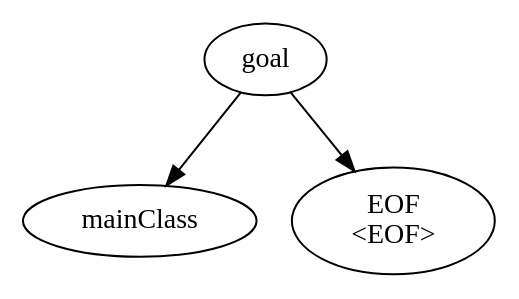
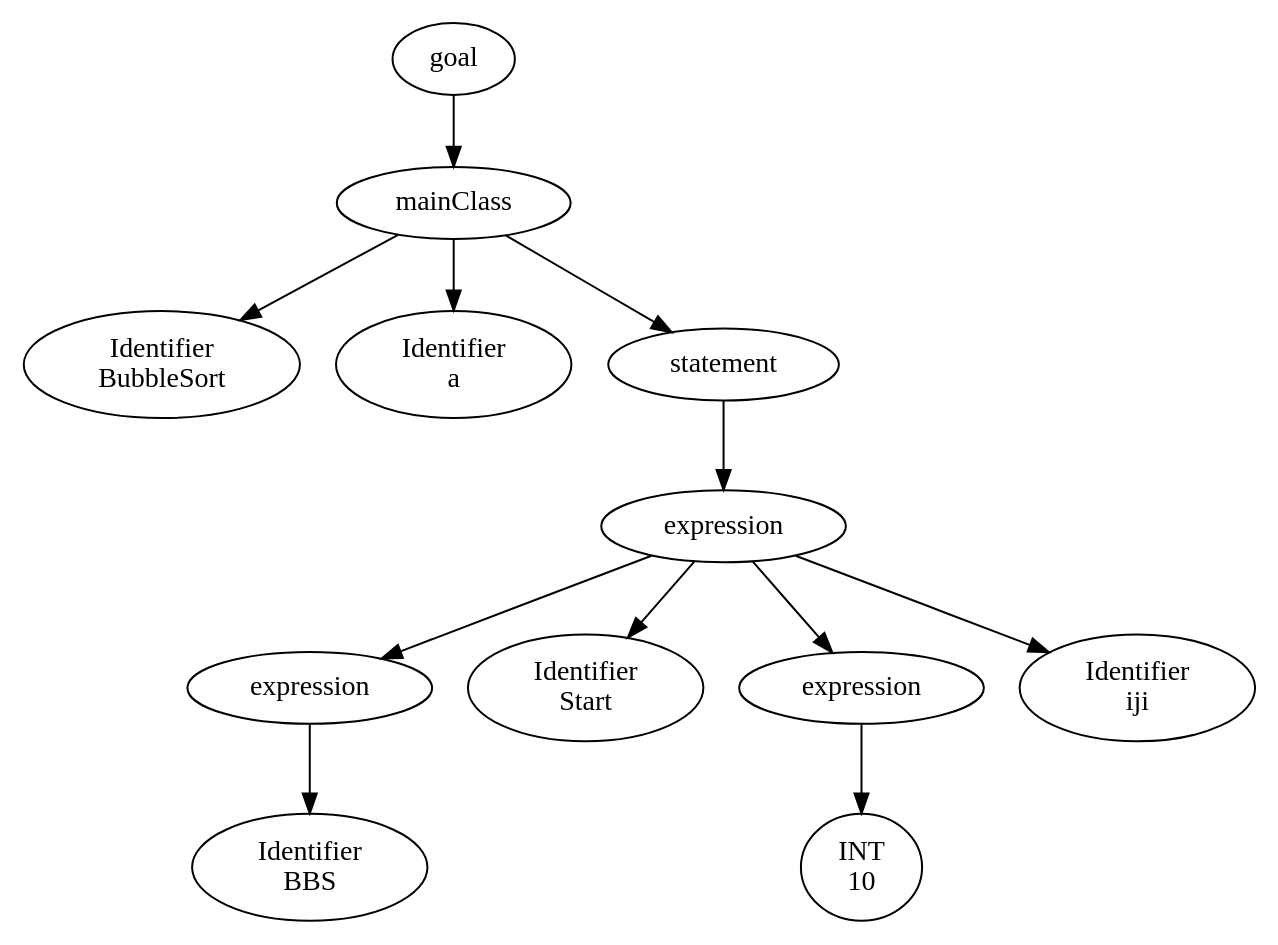
One commit to yixuan-wei/compileWW changed the diagram in out/production/project/draw/test.dot. Above: the diagram before and after it, drawn with Graphviz. The commit also changed 3 other files, not shown here.

```diff
--- a/out/production/project/draw/test.dot
+++ b/out/production/project/draw/test.dot
@@ -1,8 +1,31 @@
 digraph AST{
 0[label="goal"]
 00[label="mainClass"]
 0->00
-01[label="EOF
-<EOF>"]
-0->01
+000[label="Identifier
+BubbleSort"]
+00->000
+001[label="Identifier
+a"]
+00->001
+002[label="statement"]
+00->002
+0020[label="expression"]
+002->0020
+00200[label="expression"]
+0020->00200
+002000[label="Identifier
+BBS"]
+00200->002000
+00201[label="Identifier
+Start"]
+0020->00201
+00202[label="expression"]
+0020->00202
+002020[label="INT
+10"]
+00202->002020
+00203[label="Identifier
+iji"]
+0020->00203
 }
```
